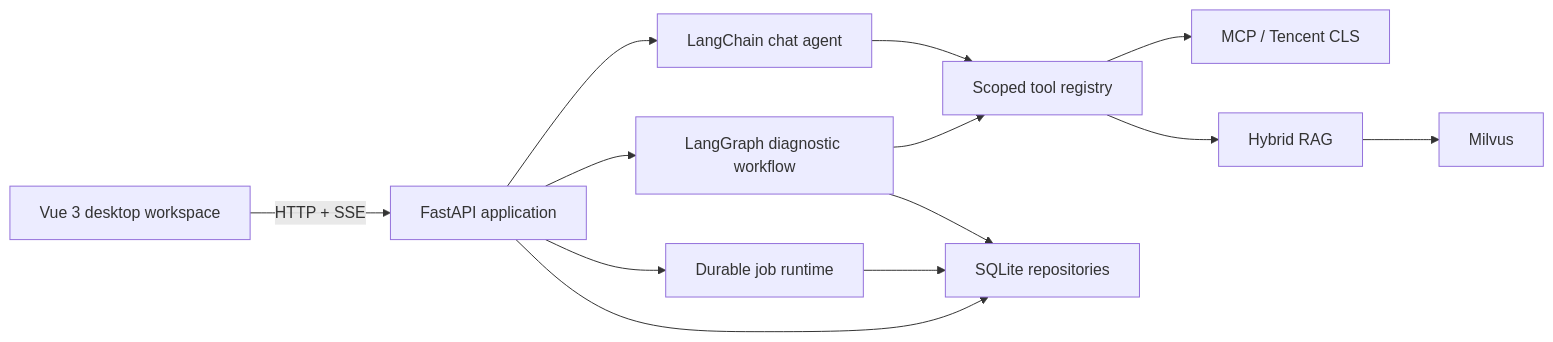
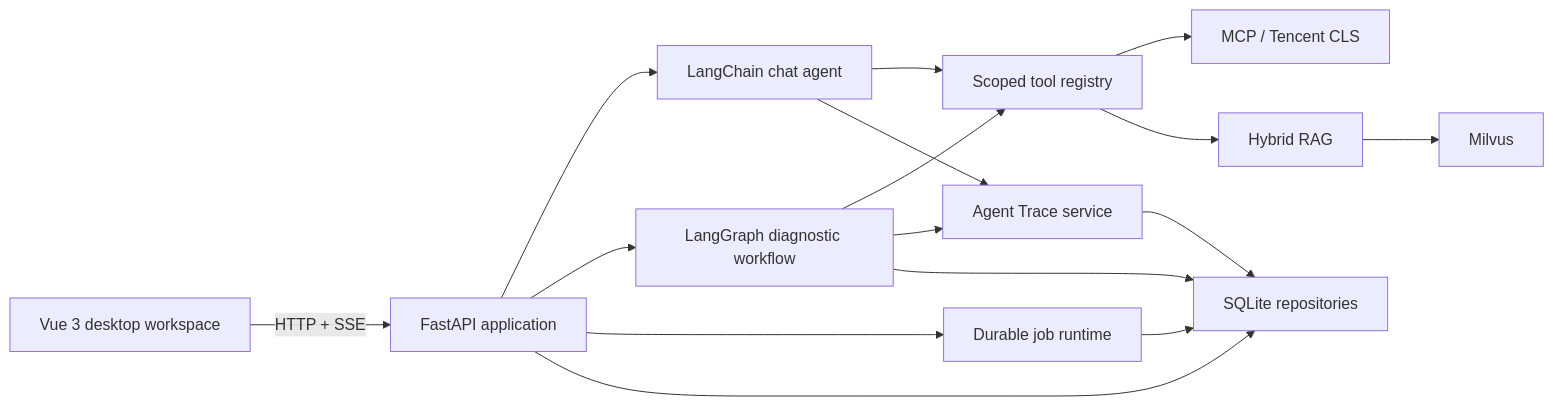
Before and after one commit to kaiyueshao536-dotcom/agent-harness-lab: the diagram in README.md, drawn with Mermaid. The commit also changed other lines of this file and 40 other files, not shown here.

Commit message:
feat: add unified agent trace workspace

````diff
--- a/README.md
+++ b/README.md
@@ -30,15 +31,18 @@
 ```mermaid
 flowchart LR
     UI["Vue 3 desktop workspace"] -->|"HTTP + SSE"| API["FastAPI application"]
     API --> CHAT["LangChain chat agent"]
     API --> GRAPH["LangGraph diagnostic workflow"]
     CHAT --> TOOLS["Scoped tool registry"]
     GRAPH --> TOOLS
+    CHAT --> TRACE["Agent Trace service"]
+    GRAPH --> TRACE
     TOOLS --> MCP["MCP / Tencent CLS"]
     TOOLS --> RAG["Hybrid RAG"]
     RAG --> MILVUS["Milvus"]
     API --> JOBS["Durable job runtime"]
     API --> DB["SQLite repositories"]
     JOBS --> DB
     GRAPH --> DB
+    TRACE --> DB
 ```
````
